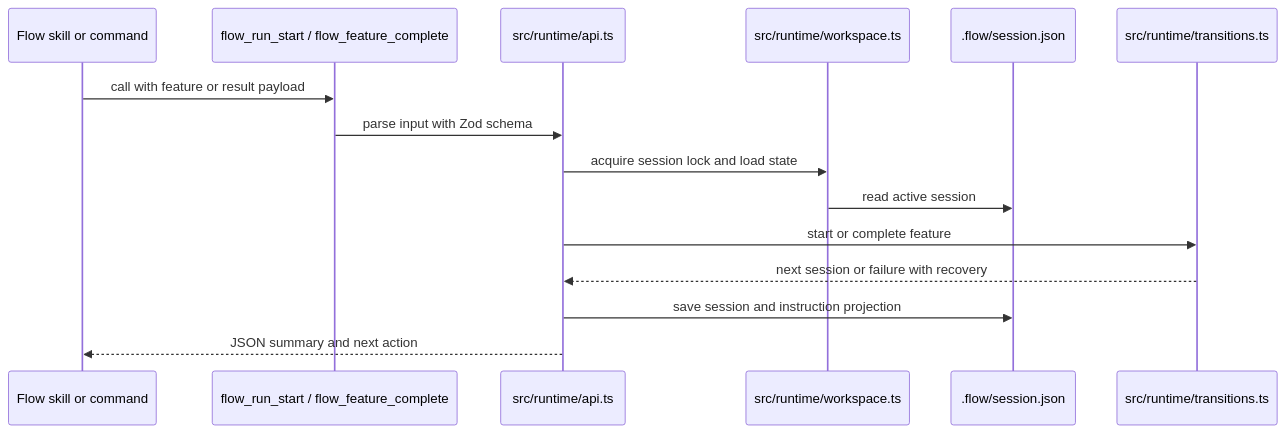
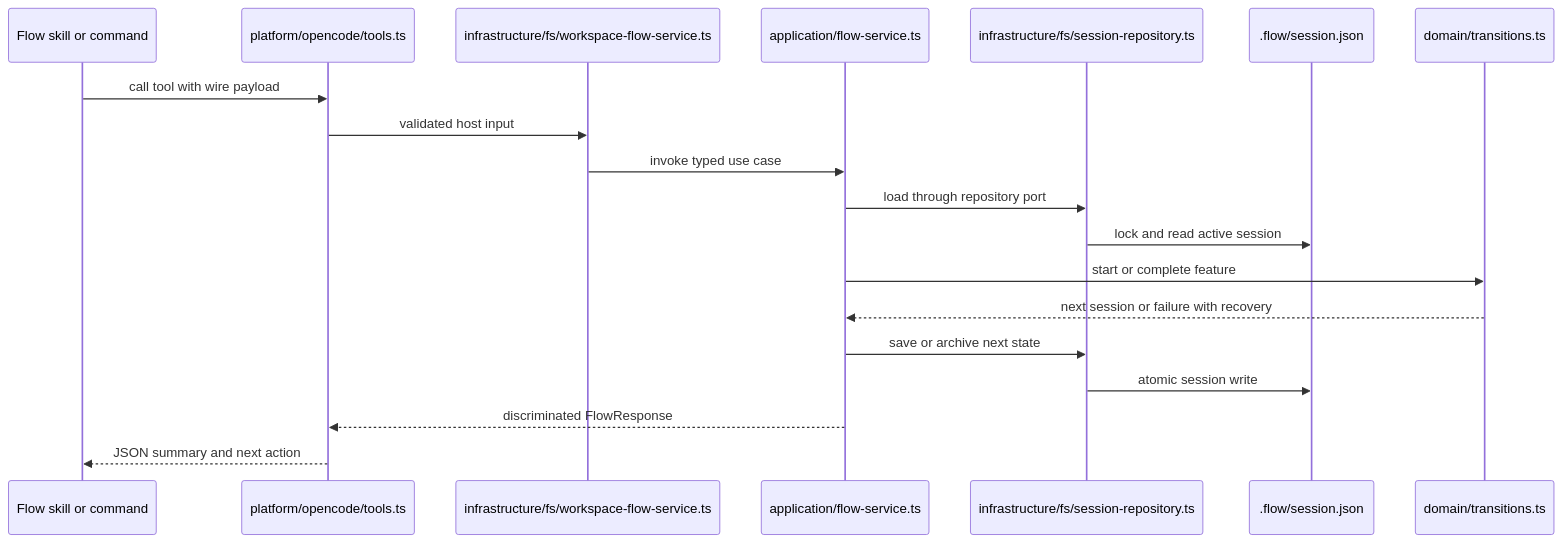
The second of 2 diagrams in droid-wiki/overview/architecture.md (ddv1982/flow-opencode), drawn with Mermaid before and after one commit. The commit also changed other lines of this file and 116 other files, not shown here.

Commit message:
Release Flow 5.0.0 TypeScript 7 hard-cutover lore

````diff
--- a/droid-wiki/overview/architecture.md
+++ b/droid-wiki/overview/architecture.md
@@ -35,18 +49,22 @@
 ```mermaid
 sequenceDiagram
     participant Agent as Flow skill or command
-    participant Tool as flow_run_start / flow_feature_complete
-    participant API as src/runtime/api.ts
-    participant Lock as src/runtime/workspace.ts
+    participant Platform as platform/opencode/tools.ts
+    participant Composition as infrastructure/fs/workspace-flow-service.ts
+    participant API as application/flow-service.ts
+    participant Repo as infrastructure/fs/session-repository.ts
     participant State as .flow/session.json
-    participant Rules as src/runtime/transitions.ts
+    participant Rules as domain/transitions.ts
 
-    Agent->>Tool: call with feature or result payload
-    Tool->>API: parse input with Zod schema
-    API->>Lock: acquire session lock and load state
-    Lock->>State: read active session
+    Agent->>Platform: call tool with wire payload
+    Platform->>Composition: validated host input
+    Composition->>API: invoke typed use case
+    API->>Repo: load through repository port
+    Repo->>State: lock and read active session
     API->>Rules: start or complete feature
     Rules-->>API: next session or failure with recovery
-    API->>State: save session and instruction projection
-    API-->>Agent: JSON summary and next action
+    API->>Repo: save or archive next state
+    Repo->>State: atomic session write
+    API-->>Platform: discriminated FlowResponse
+    Platform-->>Agent: JSON summary and next action
 ```
````
